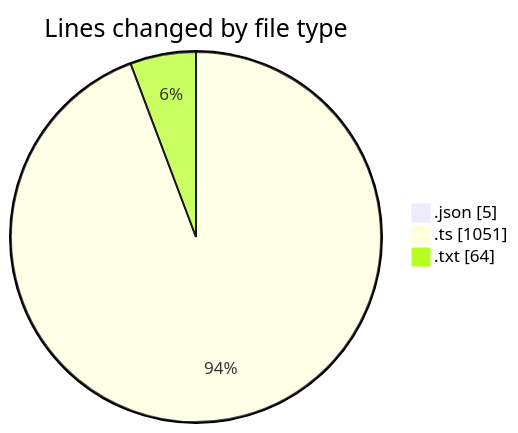
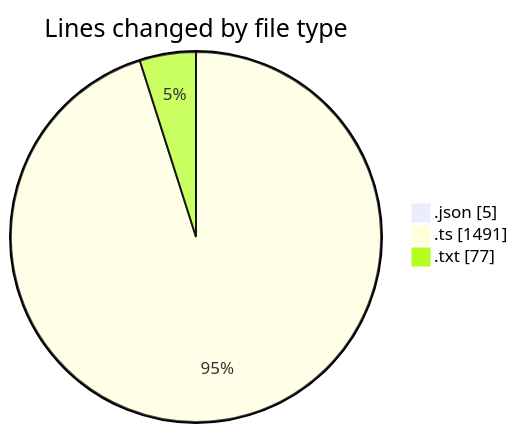
The first of 2 diagrams in 2025-05-27/ecodeli-1/README.md (CELIANVF/code-tracking), drawn with Mermaid before and after one commit. The commit also changed other lines of this file and 1 other file, not shown here.

````diff
--- a/2025-05-27/ecodeli-1/README.md
+++ b/2025-05-27/ecodeli-1/README.md
@@ -22,7 +23,7 @@
 ```mermaid
 pie showData
 title Lines changed by file type
 ".json" : 5
-".ts" : 1051
-".txt" : 64
+".ts" : 1491
+".txt" : 77
 ```
````
